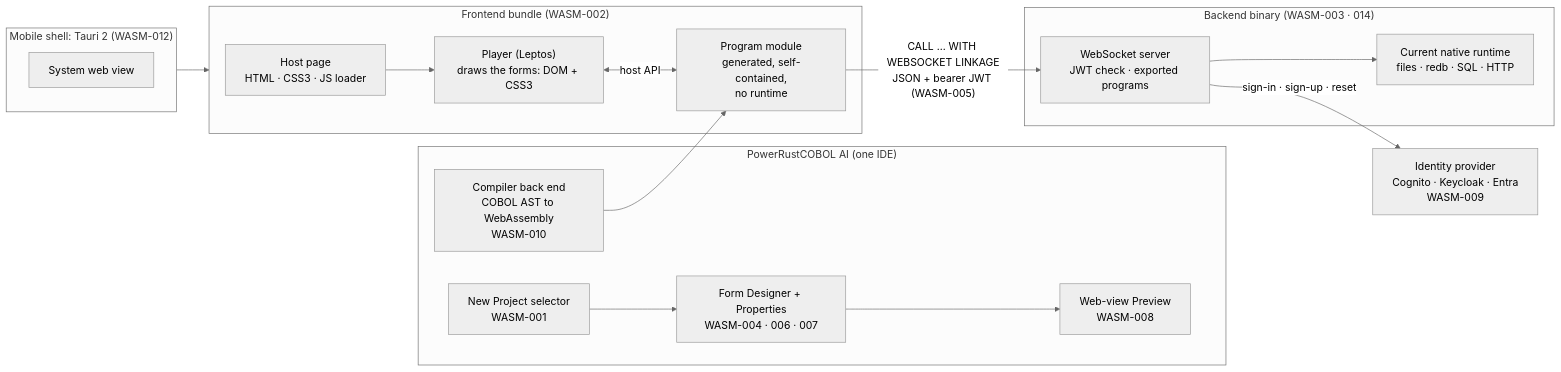
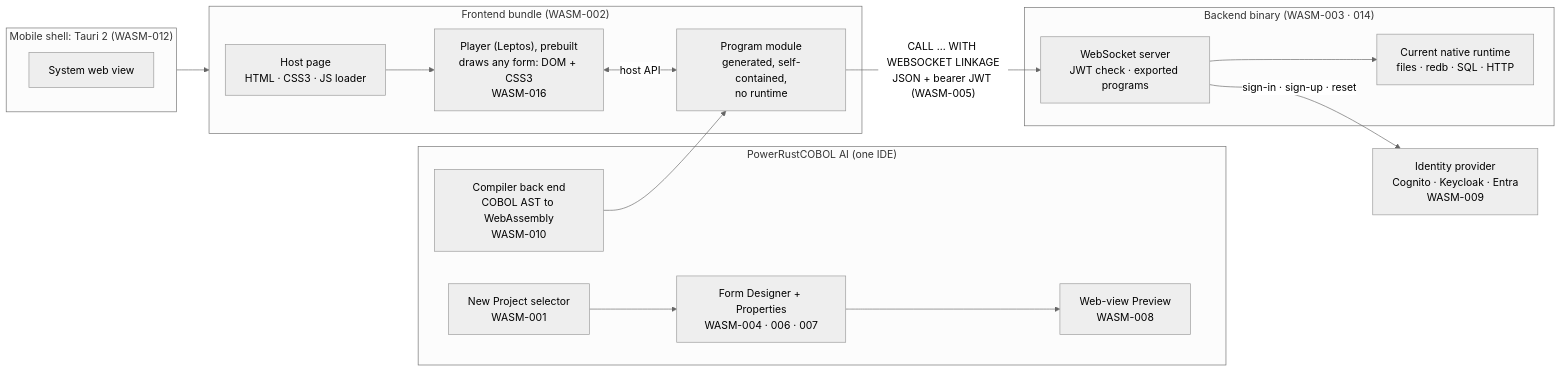
One commit to CloudLandBeta/PowerRustCOBOL changed the first of 2 diagrams in specs/WASM-INDEX.md. Above: the diagram before and after it, drawn with Mermaid (neutral theme). The commit also changed other lines of this file and 9 other files, not shown here.

First line of the commit message:
Specs: two .wasm files decided - the prebuilt Leptos player gets WASM-016; WASM-002, 004, 008, 010, 011, 012 and the index updated (2.0.4)

````diff
--- a/specs/WASM-INDEX.md
+++ b/specs/WASM-INDEX.md
@@ -43,30 +45,30 @@
 ```mermaid
 flowchart LR
   subgraph IDE["PowerRustCOBOL AI (one IDE)"]
     NP["New Project selector\nWASM-001"]
     FD["Form Designer + Properties\nWASM-004 · 006 · 007"]
     PV["Web-view Preview\nWASM-008"]
     CG["Compiler back end\nCOBOL AST to WebAssembly\nWASM-010"]
   end
   subgraph FE["Frontend bundle (WASM-002)"]
     HP["Host page\nHTML · CSS3 · JS loader"]
-    PL["Player (Leptos)\ndraws the forms: DOM + CSS3"]
+    PL["Player (Leptos), prebuilt\ndraws any form: DOM + CSS3\nWASM-016"]
     PM["Program module\ngenerated, self-contained,\nno runtime"]
   end
   subgraph MOB["Mobile shell: Tauri 2 (WASM-012)"]
     WV["System web view"]
   end
   subgraph BE["Backend binary (WASM-003 · 014)"]
     WS["WebSocket server\nJWT check · exported programs"]
     RT["Current native runtime\nfiles · redb · SQL · HTTP"]
   end
   IDP["Identity provider\nCognito · Keycloak · Entra\nWASM-009"]
   NP --> FD --> PV
   CG --> PM
   HP --> PL
   PL <-- "host API" --> PM
   MOB --> FE
   PM -- "CALL … WITH WEBSOCKET LINKAGE\nJSON + bearer JWT (WASM-005)" --> WS
   WS --> RT
   WS -- "sign-in · sign-up · reset" --> IDP
 ```
````
